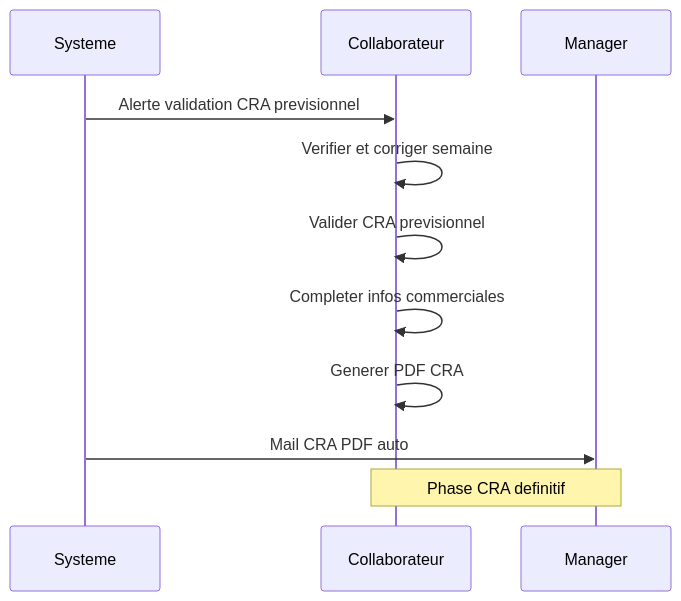
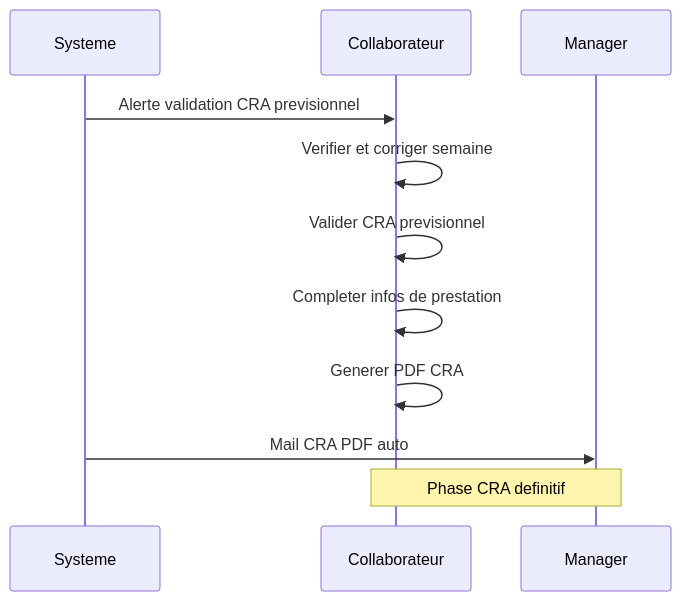
One commit to olegrand1976/kore changed the sixth of 11 diagrams in documentation/SPECIFICATION_FONCTIONNELLE.md. Above: the diagram before and after it, drawn with Mermaid. The commit also changed other lines of this file and 31 other files, not shown here.

````diff
--- a/documentation/SPECIFICATION_FONCTIONNELLE.md
+++ b/documentation/SPECIFICATION_FONCTIONNELLE.md
@@ -857,13 +857,13 @@
 ```mermaid
 sequenceDiagram
   participant Sys as Systeme
   participant Collab as Collaborateur
   participant Mgr as Manager
   Sys->>Collab: Alerte validation CRA previsionnel
   Collab->>Collab: Verifier et corriger semaine
   Collab->>Collab: Valider CRA previsionnel
-  Collab->>Collab: Completer infos commerciales
+  Collab->>Collab: Completer infos de prestation
   Collab->>Collab: Generer PDF CRA
   Sys->>Mgr: Mail CRA PDF auto
   Note over Collab,Mgr: Phase CRA definitif
 ```
````
